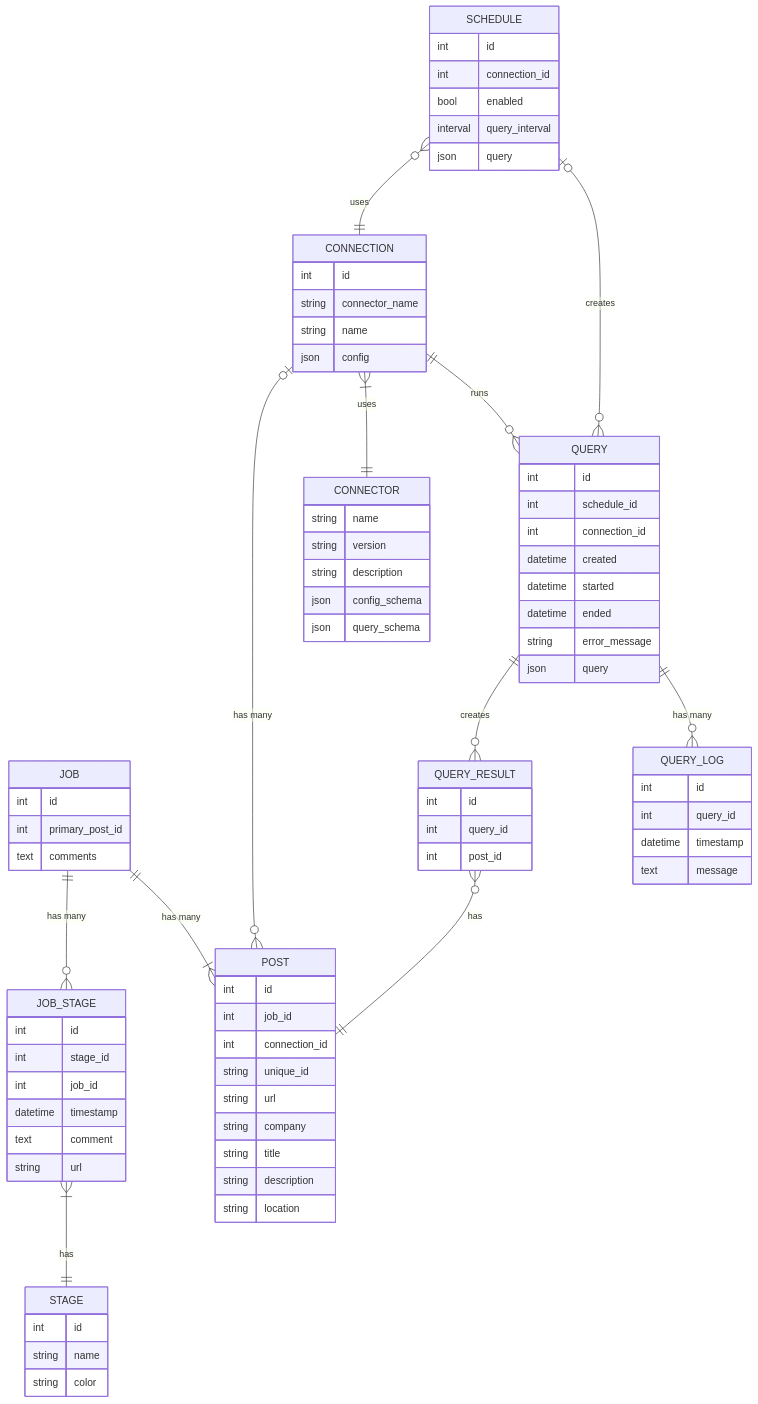
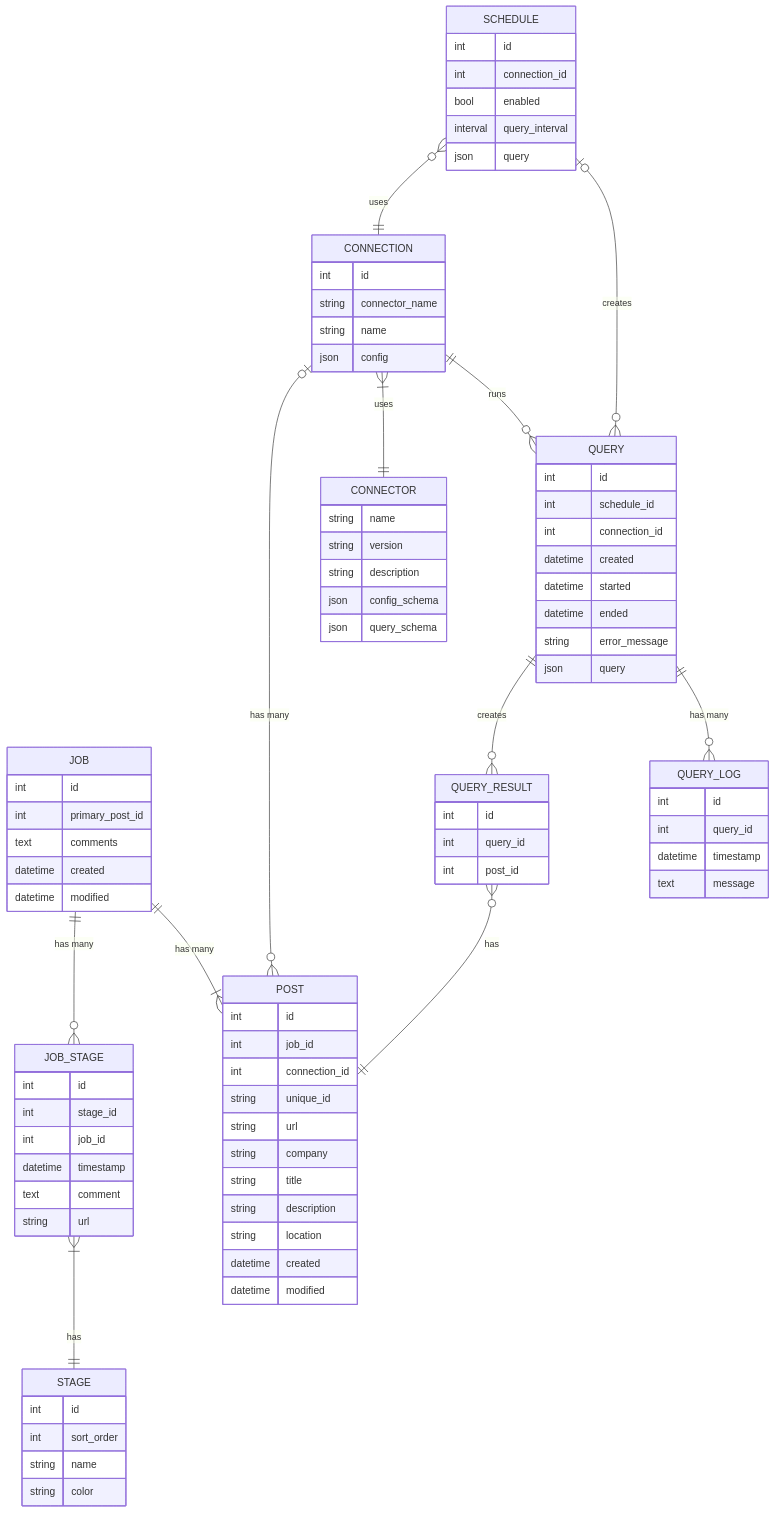
Before and after one commit to ericanastas/jobflow: the diagram in erd.mmd, drawn with Mermaid. The commit also changed 2 other files, not shown here.

Commit message:
Added created, modified, and sort_order to ERD

```diff
--- a/erd.mmd
+++ b/erd.mmd
@@ -1,98 +1,106 @@
 erDiagram
    CONNECTOR {
        string name
        string version
        string description
        json config_schema
        json query_schema
    }
    CONNECTION {
        int id
        string connector_name
        string name
        json config
    }
    JOB {
        int id
+
        int primary_post_id
        text comments
+
+       datetime created
+       datetime modified
    }
    POST {
        int id
 
        int job_id
        int connection_id
        string unique_id
 
        string url
        string company
        string title
        string description
        string location
+
+       datetime created
+       datetime modified
    }
    JOB_STAGE {
        int id
        int stage_id
        int job_id
        datetime timestamp
        text comment
        string url
    }
    STAGE {
        int id
+       int sort_order
        string name
        string color
    }
 
    QUERY {
        int id
        int schedule_id
        int connection_id
        datetime created
        datetime started
        datetime ended
        string error_message
        json query
    }
 
    QUERY_RESULT {
        int id
        int query_id
        int post_id
    }
 
    QUERY_LOG {
        int id
        int query_id
        datetime timestamp
        text message
    }
 
    SCHEDULE {
        int id
        int connection_id
        bool enabled
        interval query_interval
        json query
    }
 
    JOB ||--o{ JOB_STAGE : "has many"
    JOB_STAGE }|--|| STAGE : has
 
 
 
    JOB ||--|{ POST : "has many"
    CONNECTION o|--o{ POST : "has many"
    CONNECTION }|--|| CONNECTOR : uses
 
    CONNECTION ||--o{ QUERY : runs
 
    SCHEDULE }o--|| CONNECTION : uses
 
 
    SCHEDULE o|--O{ QUERY : "creates"
 
 
    QUERY ||--o{ QUERY_RESULT : creates
    QUERY ||--o{ QUERY_LOG : "has many"
    QUERY_RESULT }o--|| POST : has
```
